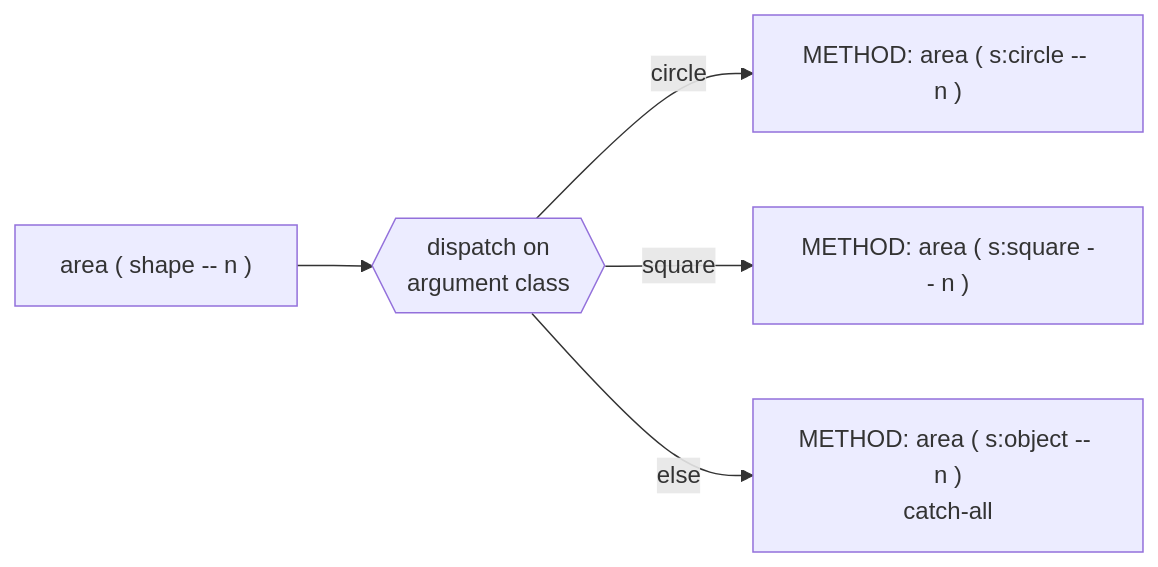
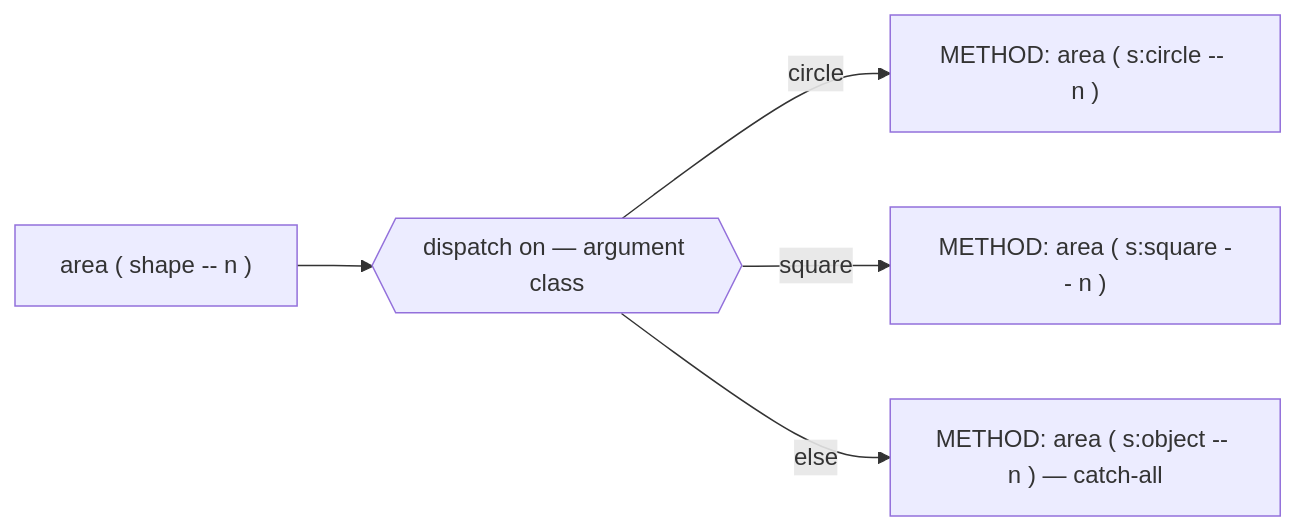
Before and after one commit to albanread/FactorForth: the first of 8 diagrams in release/factorforth/docs/coreprotocols.md, drawn with Mermaid. The commit also changed other lines of this file, not shown here.

First line of the commit message:
docs: fix literal <br/> in CoreProtocols Mermaid labels

````diff
--- a/release/factorforth/docs/coreprotocols.md
+++ b/release/factorforth/docs/coreprotocols.md
@@ -21,7 +21,7 @@
 ```mermaid
 flowchart LR
-    Call["area ( shape -- n )"] --> Disp{{dispatch on<br/>argument class}}
+    Call["area ( shape -- n )"] --> Disp{{dispatch on — argument class}}
     Disp -->|circle| MC["METHOD: area ( s:circle -- n )"]
     Disp -->|square| MS["METHOD: area ( s:square -- n )"]
-    Disp -->|else| MO["METHOD: area ( s:object -- n )<br/>catch-all"]
+    Disp -->|else| MO["METHOD: area ( s:object -- n ) — catch-all"]
 ```
````
